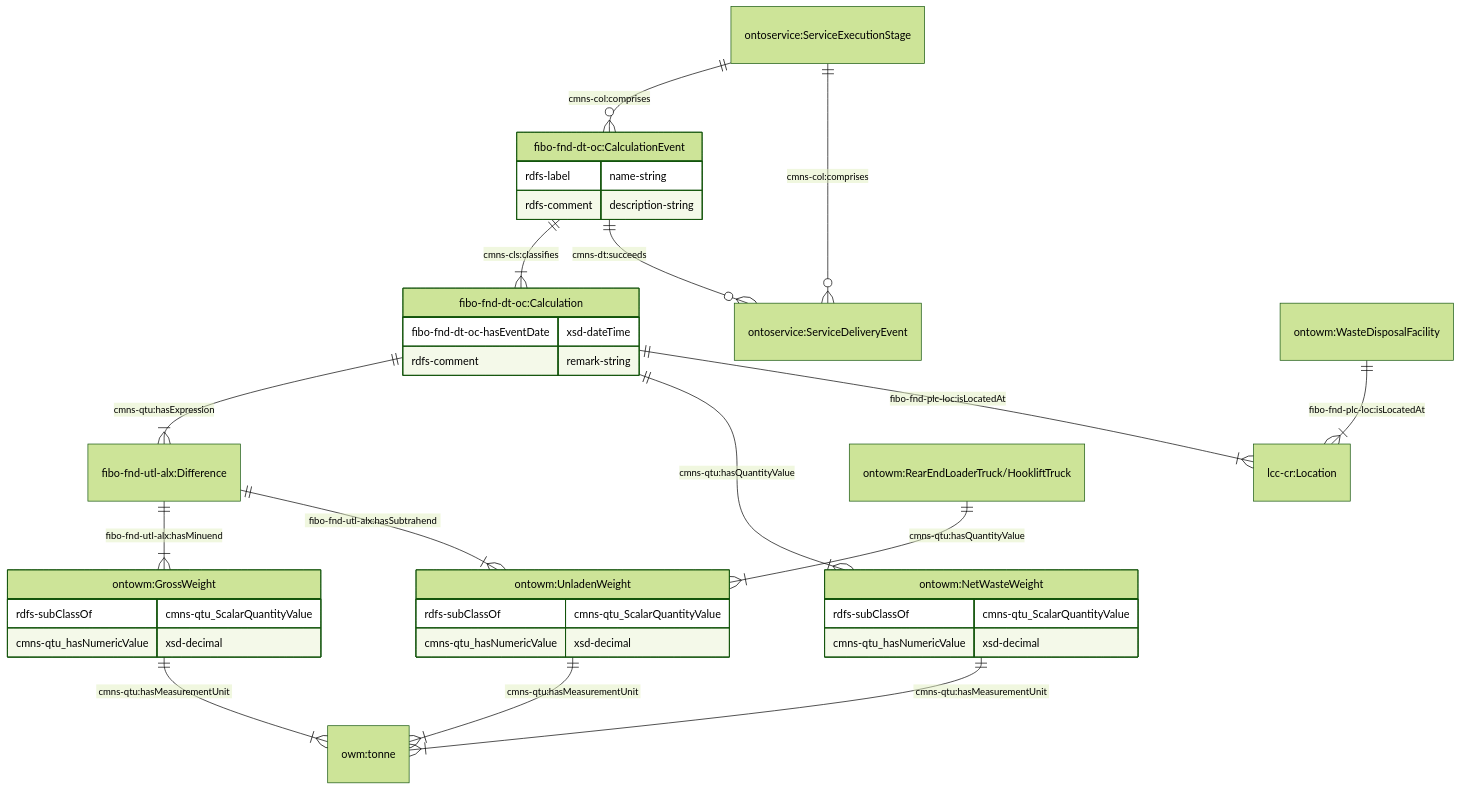
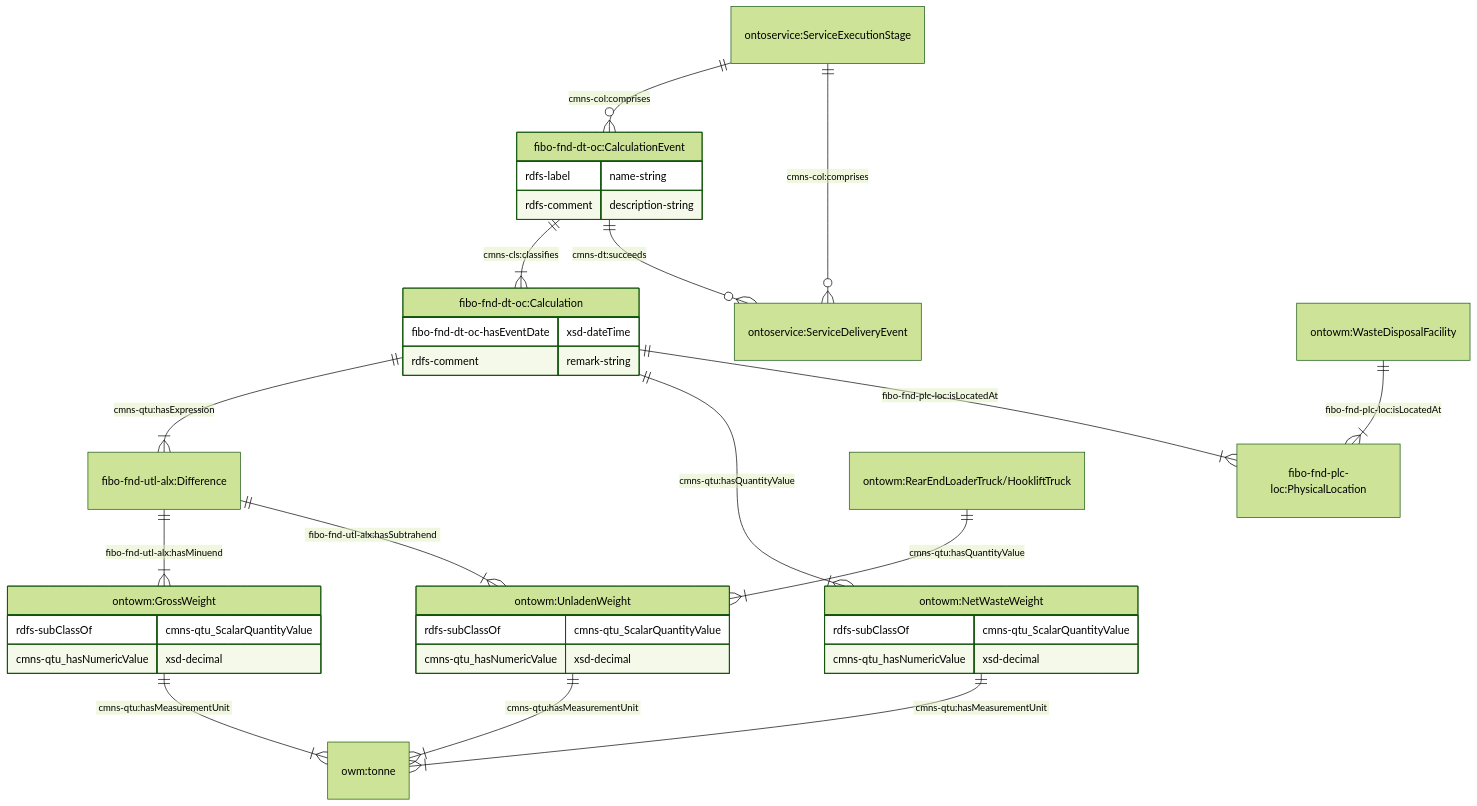
One commit to cambridge-cares/TheWorldAvatar changed the sixth of 11 diagrams in JPS_Ontology/ontology/ontowastemanagement/README.md. Above: the diagram before and after it, drawn with Mermaid (forest theme). The commit also changed other lines of this file and 1 other file, not shown here.

Commit message:
dev-ontowastemanagement: Update to use physical location instead of location

````diff
--- a/JPS_Ontology/ontology/ontowastemanagement/README.md
+++ b/JPS_Ontology/ontology/ontowastemanagement/README.md
@@ -293,43 +294,43 @@
 ```mermaid
     erDiagram
     "ontoservice:ServiceExecutionStage" ||--o{ "ontoservice:ServiceDeliveryEvent" : "cmns-col:comprises"
     "ontoservice:ServiceExecutionStage" ||--o{ "fibo-fnd-dt-oc:CalculationEvent" : "cmns-col:comprises"
     "fibo-fnd-dt-oc:CalculationEvent" ||--o{ "ontoservice:ServiceDeliveryEvent" : "cmns-dt:succeeds"
     "fibo-fnd-dt-oc:CalculationEvent" {
         rdfs-label name-string
         rdfs-comment description-string
     }
 
     "fibo-fnd-dt-oc:CalculationEvent" ||--|{ "fibo-fnd-dt-oc:Calculation" : "cmns-cls:classifies"
     "fibo-fnd-dt-oc:Calculation" {
         fibo-fnd-dt-oc-hasEventDate xsd-dateTime
         rdfs-comment remark-string
     }
 
-    "fibo-fnd-dt-oc:Calculation" ||--|{ "lcc-cr:Location" : "fibo-fnd-plc-loc:isLocatedAt"
-    "ontowm:WasteDisposalFacility" ||--|{ "lcc-cr:Location" : "fibo-fnd-plc-loc:isLocatedAt"
+    "fibo-fnd-dt-oc:Calculation" ||--|{ "fibo-fnd-plc-loc:PhysicalLocation" : "fibo-fnd-plc-loc:isLocatedAt"
+    "ontowm:WasteDisposalFacility" ||--|{ "fibo-fnd-plc-loc:PhysicalLocation" : "fibo-fnd-plc-loc:isLocatedAt"
 
     "fibo-fnd-dt-oc:Calculation" ||--|{ "ontowm:NetWasteWeight" : "cmns-qtu:hasQuantityValue"
     "ontowm:NetWasteWeight" ||--|{ "owm:tonne" : "cmns-qtu:hasMeasurementUnit"
     "ontowm:NetWasteWeight" {
         rdfs-subClassOf cmns-qtu_ScalarQuantityValue
         cmns-qtu_hasNumericValue xsd-decimal
     }
 
     "fibo-fnd-dt-oc:Calculation" ||--|{ "fibo-fnd-utl-alx:Difference" : "cmns-qtu:hasExpression"
     "fibo-fnd-utl-alx:Difference" ||--|{ "ontowm:UnladenWeight" : "fibo-fnd-utl-alx:hasSubtrahend"
     "fibo-fnd-utl-alx:Difference" ||--|{ "ontowm:GrossWeight" : "fibo-fnd-utl-alx:hasMinuend"
 
     "ontowm:UnladenWeight" ||--|{ "owm:tonne" : "cmns-qtu:hasMeasurementUnit"
     "ontowm:RearEndLoaderTruck/HookliftTruck" ||--|{ "ontowm:UnladenWeight" : "cmns-qtu:hasQuantityValue"
     "ontowm:UnladenWeight" {
         rdfs-subClassOf cmns-qtu_ScalarQuantityValue
         cmns-qtu_hasNumericValue xsd-decimal
     }
 
     "ontowm:GrossWeight" ||--|{ "owm:tonne" : "cmns-qtu:hasMeasurementUnit"
     "ontowm:GrossWeight" {
         rdfs-subClassOf cmns-qtu_ScalarQuantityValue
         cmns-qtu_hasNumericValue xsd-decimal
     }
 ```
````
